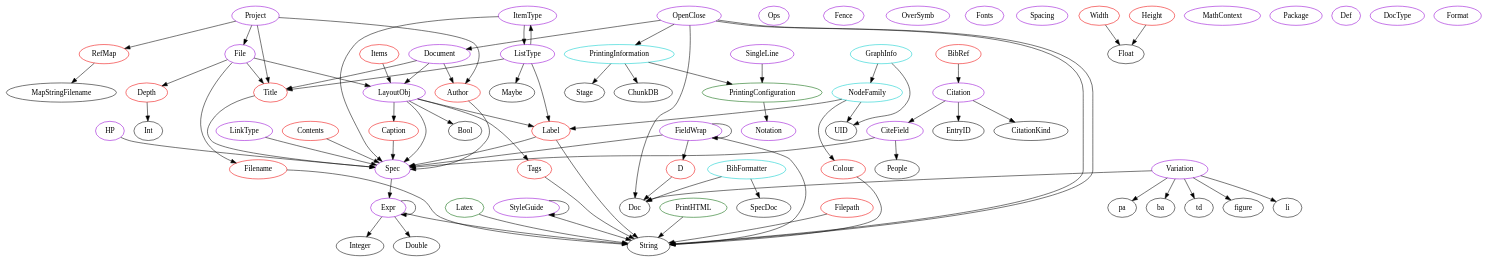
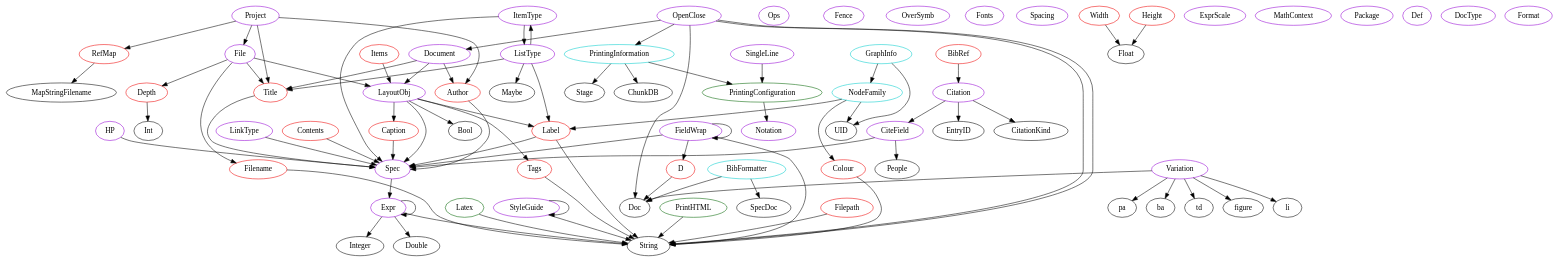
Before and after one commit to JacquesCarette/Drasil: the diagram in analysis/TypeDependencyGraphs/printers.dot, drawn with Graphviz. The commit also changed 615 other files, not shown here.

```diff
--- a/analysis/TypeDependencyGraphs/printers.dot
+++ b/analysis/TypeDependencyGraphs/printers.dot
@@ -261,6 +261,9 @@
 		}
 	}
 	subgraph helpers {
+		subgraph exprscale{
+		ExprScale	[shape=oval, color=darkviolet, label="ExprScale"];
+		}
 	}
 	subgraph monad {
 		subgraph mathcontext{
```
